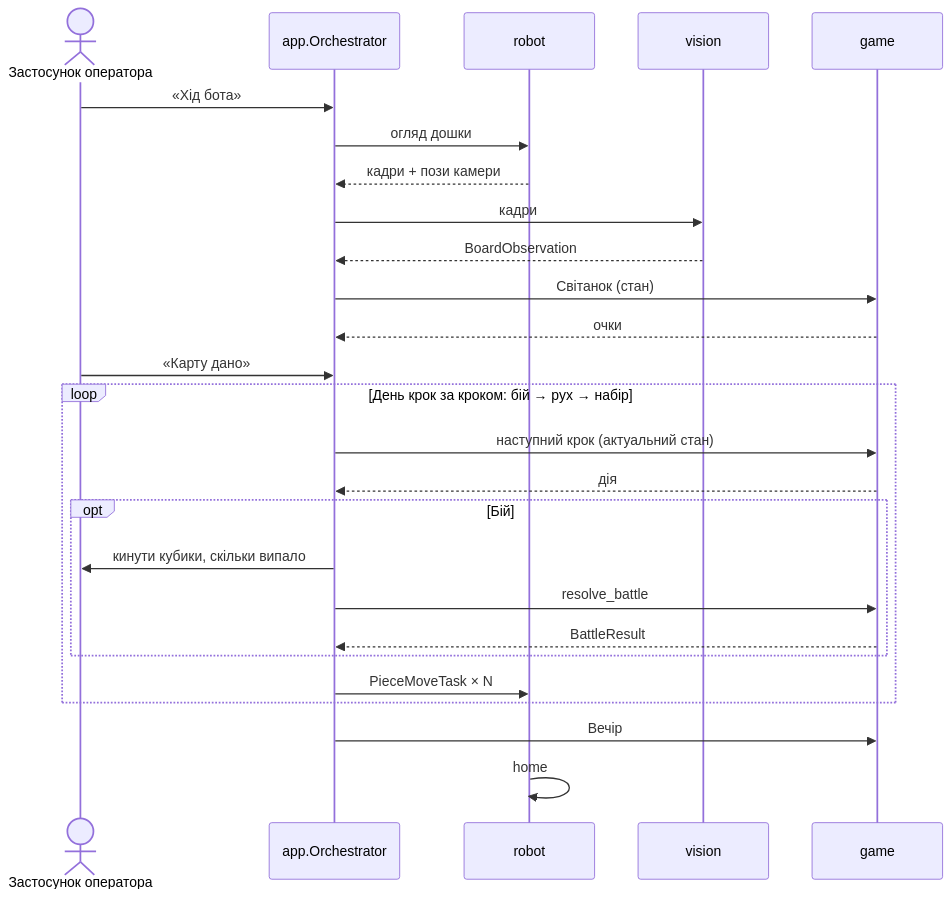
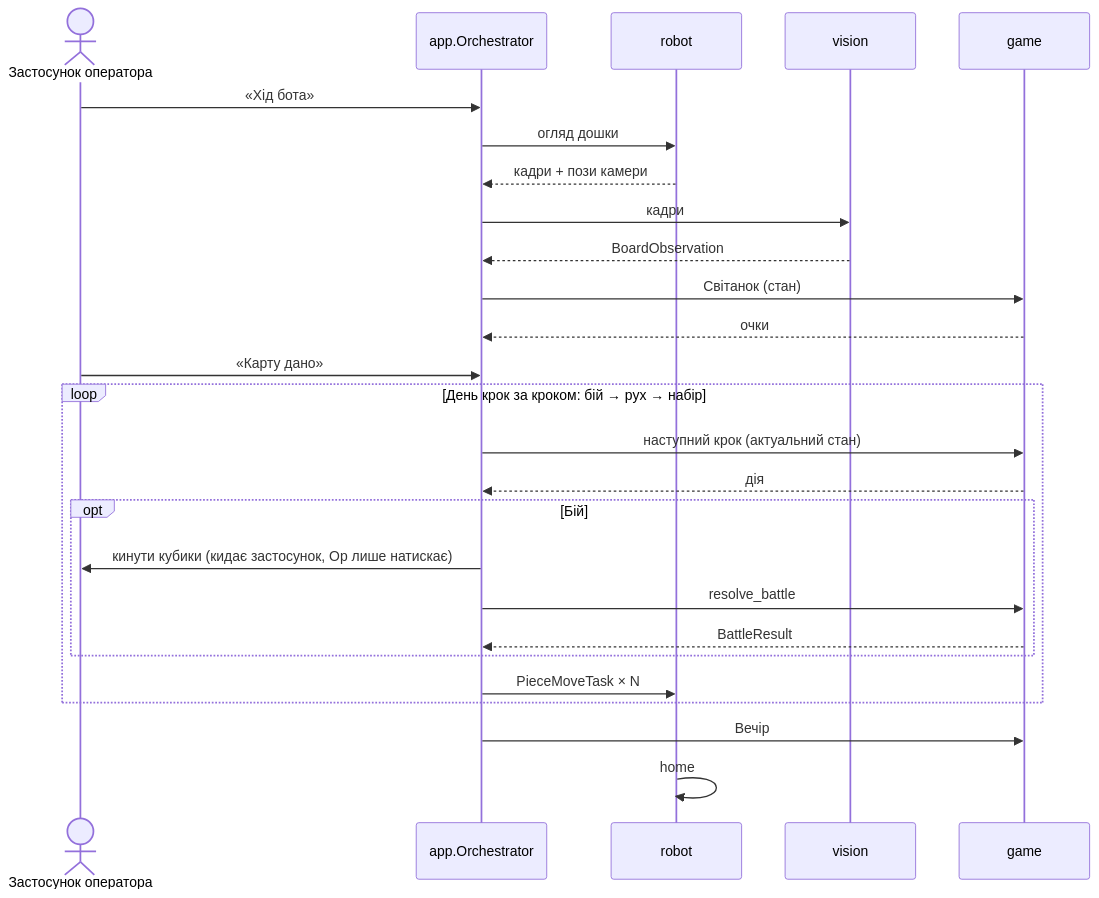
The second of 2 diagrams in docs/architecture.md (olenakshyk/RootBot67), drawn with Mermaid before and after one commit. The commit also changed 42 other files, not shown here.

````diff
--- a/docs/architecture.md
+++ b/docs/architecture.md
@@ -107,29 +107,29 @@
 ```mermaid
 sequenceDiagram
     actor Op as Застосунок оператора
     participant App as app.Orchestrator
     participant Rob as robot
     participant Vis as vision
     participant Game as game
 
     Op->>App: «Хід бота»
     App->>Rob: огляд дошки
     Rob-->>App: кадри + пози камери
     App->>Vis: кадри
     Vis-->>App: BoardObservation
     App->>Game: Світанок (стан)
     Game-->>App: очки
     Op->>App: «Карту дано»
     loop День крок за кроком: бій → рух → набір
         App->>Game: наступний крок (актуальний стан)
         Game-->>App: дія
         opt Бій
-            App->>Op: кинути кубики, скільки випало
+            App->>Op: кинути кубики (кидає застосунок, Op лише натискає)
             App->>Game: resolve_battle
             Game-->>App: BattleResult
         end
         App->>Rob: PieceMoveTask × N
     end
     App->>Game: Вечір
     Rob->>Rob: home
 ```
````
